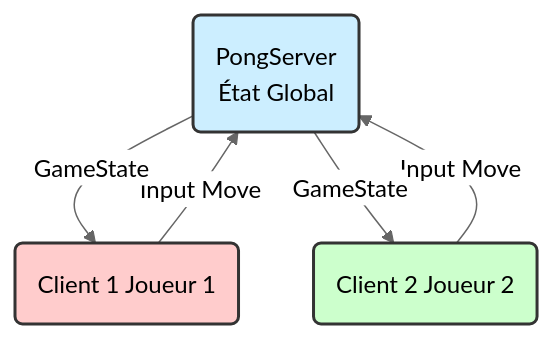
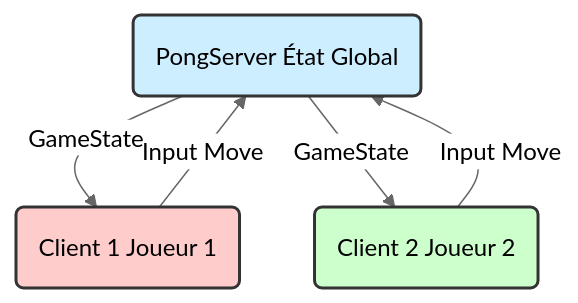
Before and after one commit to Firasbaklouti1/Client-Server-Distribution-in-Java: the first of 2 diagrams in documentation.md, drawn with Mermaid (neutral theme). The commit also changed other lines of this file, not shown here.

First line of the commit message:
Fix mermaid diagram formatting in documentation

````diff
--- a/documentation.md
+++ b/documentation.md
@@ -27,16 +27,16 @@
 ```mermaid
 graph TD
-    S(PongServer\nÉtat Global)
+    S(PongServer État Global)
     C1(Client 1 Joueur 1)
     C2(Client 2 Joueur 2)
 
     C1 -- Input Move --> S
     S -- GameState --> C1
     
     C2 -- Input Move --> S
     S -- GameState --> C2
 
     style S fill:#cceeff,stroke:#333,stroke-width:2px
     style C1 fill:#ffcccc,stroke:#333,stroke-width:2px
     style C2 fill:#ccffcc,stroke:#333,stroke-width:2px
 ```
````
